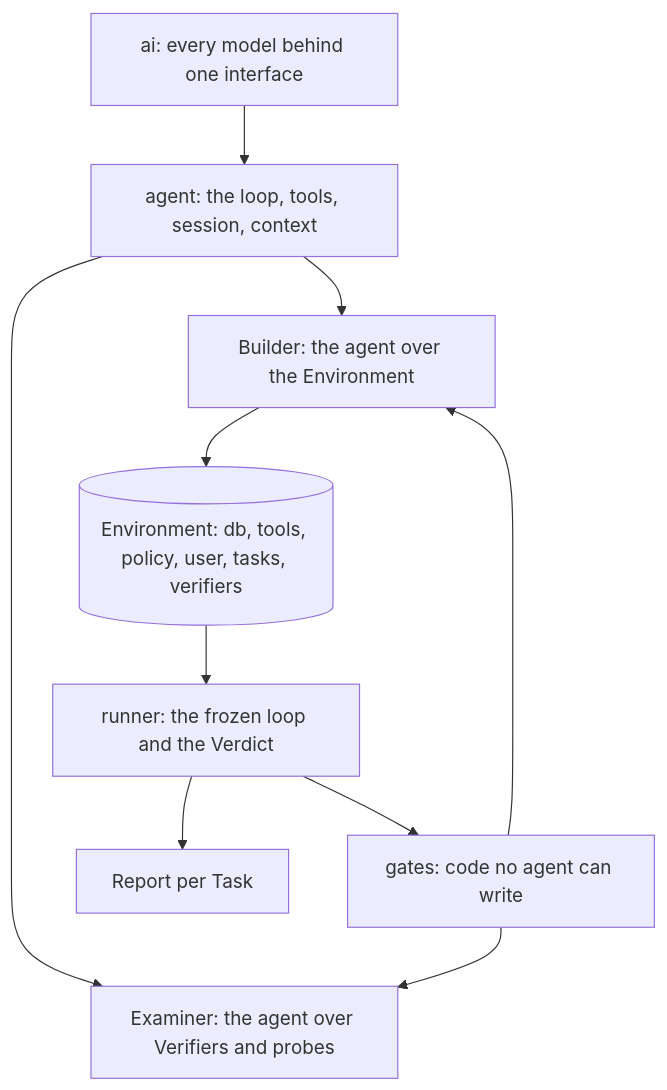
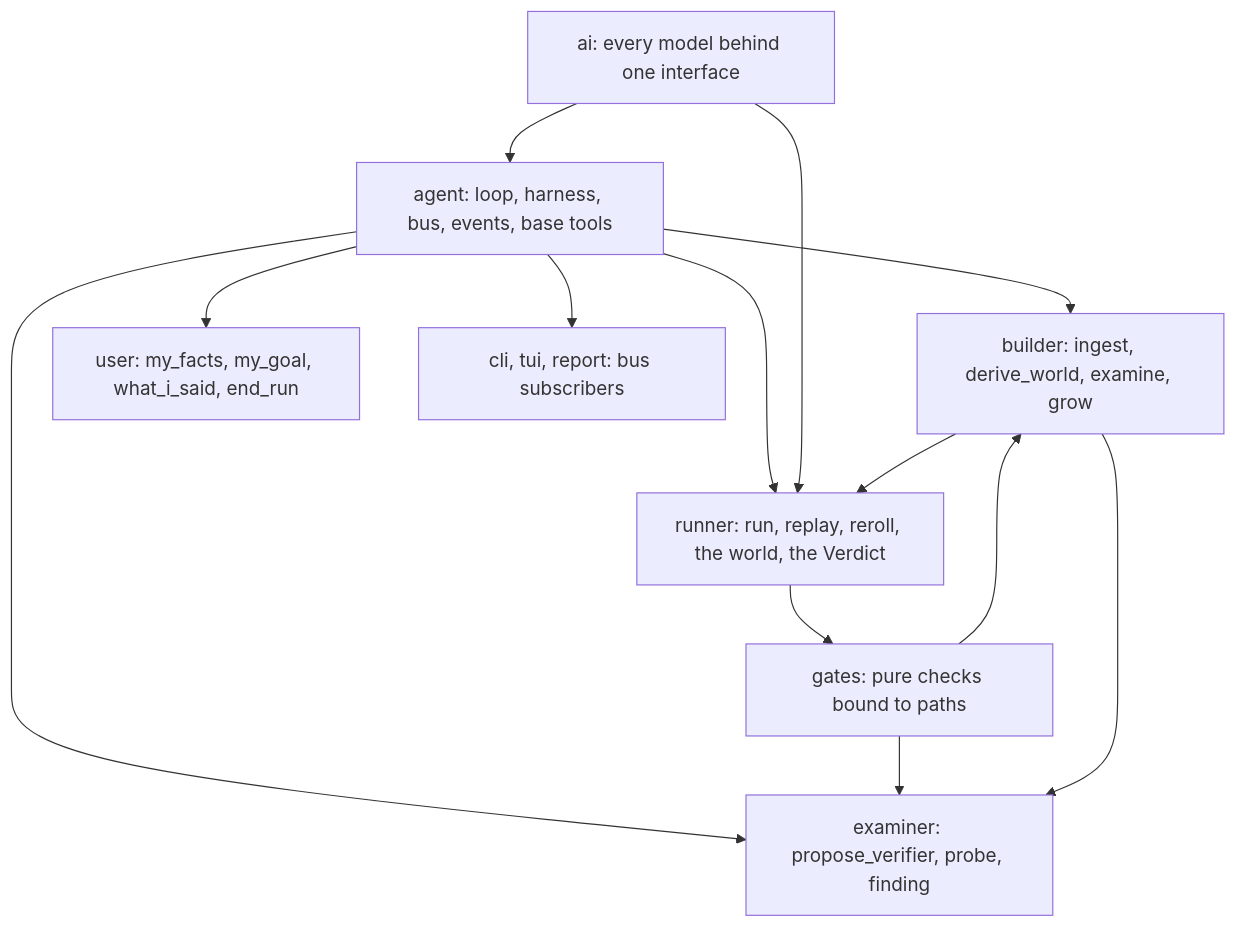
One commit to leiblerdev/kullback changed the first of 3 diagrams in docs/architecture.md. Above: the diagram before and after it, drawn with Mermaid. The commit also changed other lines of this file and 19 other files, not shown here.

Commit message:
docs: decisions, the learnings ledger, architecture and the overhaul notes

````diff
--- a/docs/architecture.md
+++ b/docs/architecture.md
@@ -9,12 +29,15 @@
 ```mermaid
 flowchart TB
-    AI[ai: every model behind one interface] --> AG[agent: the loop, tools, session, context]
-    AG --> BU[Builder: the agent over the Environment]
-    AG --> EX[Examiner: the agent over Verifiers and probes]
-    RU[runner: the frozen loop and the Verdict] --> GA[gates: code no agent can write]
+    AI[ai: every model behind one interface] --> AG[agent: loop, harness, bus, events, base tools]
+    AG --> BU[builder: ingest, derive_world, examine, grow]
+    AG --> EX[examiner: propose_verifier, probe, finding]
+    AG --> US[user: my_facts, my_goal, what_i_said, end_run]
+    AG --> RU[runner: run, replay, reroll, the world, the Verdict]
+    AI --> RU
+    RU --> GA[gates: pure checks bound to paths]
     GA --> BU
     GA --> EX
-    BU --> E[(Environment: db, tools, policy, user, tasks, verifiers)]
-    E --> RU
-    RU --> P[Report per Task]
+    BU --> RU
+    BU --> EX
+    AG --> FE[cli, tui, report: bus subscribers]
 ```
````
